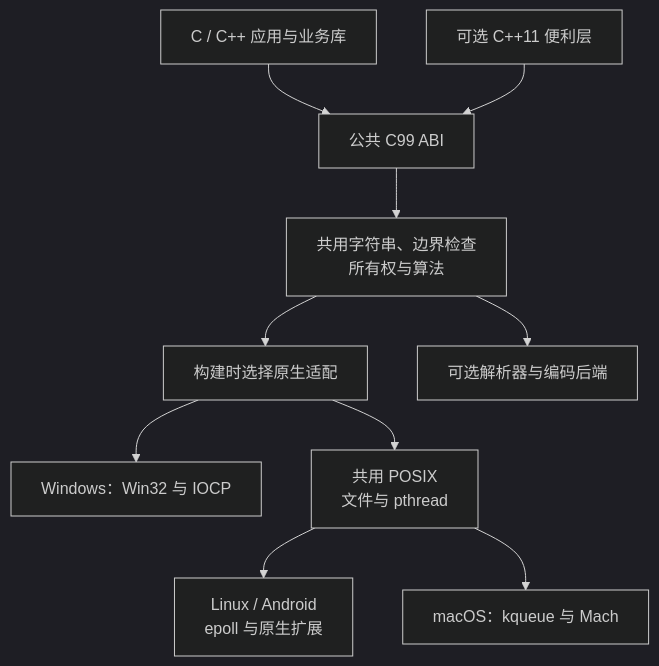
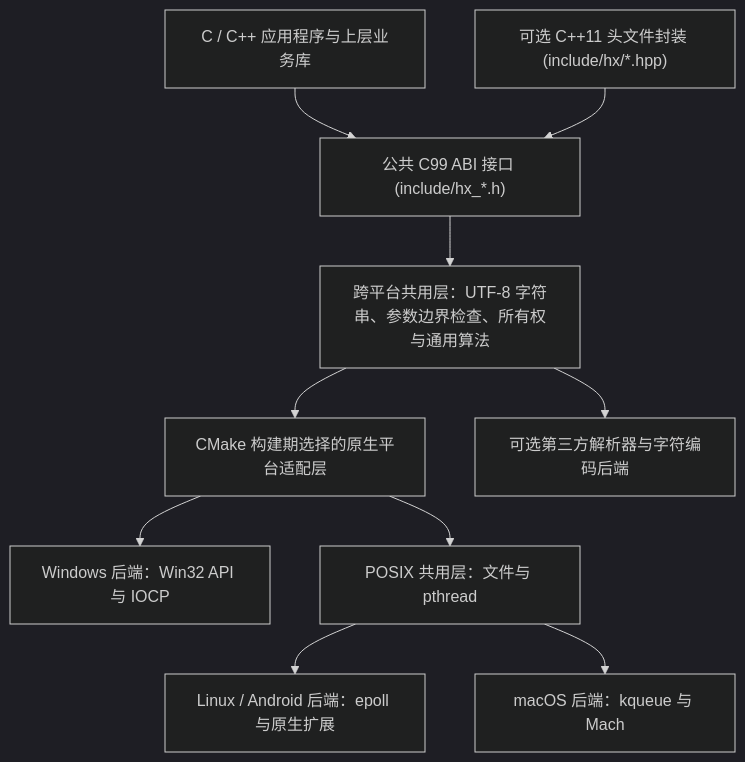
One commit to HuangX666/hx_c_platform changed the first of 4 diagrams in docs/REFERENCE.zh-CN.md. Above: the diagram before and after it, drawn with Mermaid (dark theme). The commit also changed other lines of this file and 135 other files, not shown here.

````diff
--- a/docs/REFERENCE.zh-CN.md
+++ b/docs/REFERENCE.zh-CN.md
@@ -86,12 +87,12 @@
 ```mermaid
 flowchart TD
-    A["C / C++ 应用与业务库"] --> B["公共 C99 ABI"]
-    C["可选 C++11 便利层"] --> B
-    B --> D["共用字符串、边界检查<br/>所有权与算法"]
-    D --> E["构建时选择原生适配"]
-    E --> F["Windows：Win32 与 IOCP"]
-    E --> G["共用 POSIX<br/>文件与 pthread"]
-    G --> H["Linux / Android<br/>epoll 与原生扩展"]
-    G --> I["macOS：kqueue 与 Mach"]
-    D --> J["可选解析器与编码后端"]
+    A["C / C++ 应用程序与上层业务库"] --> B["公共 C99 ABI 接口 (include/hx_*.h)"]
+    C["可选 C++11 头文件封装 (include/hx/*.hpp)"] --> B
+    B --> D["跨平台共用层：UTF-8 字符串、参数边界检查、所有权与通用算法"]
+    D --> E["CMake 构建期选择的原生平台适配层"]
+    E --> F["Windows 后端：Win32 API 与 IOCP"]
+    E --> G["POSIX 共用层：文件与 pthread"]
+    G --> H["Linux / Android 后端：epoll 与原生扩展"]
+    G --> I["macOS 后端：kqueue 与 Mach"]
+    D --> J["可选第三方解析器与字符编码后端"]
 ```
````
